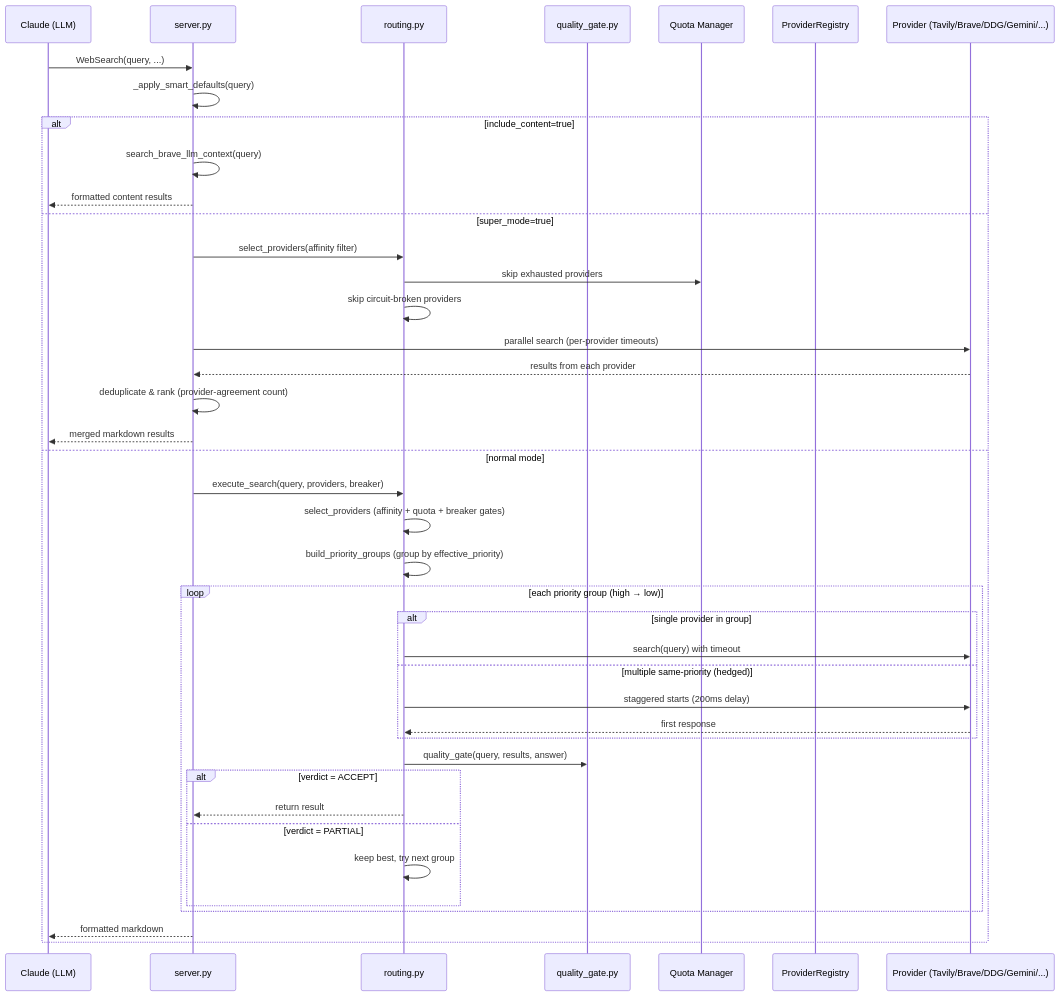
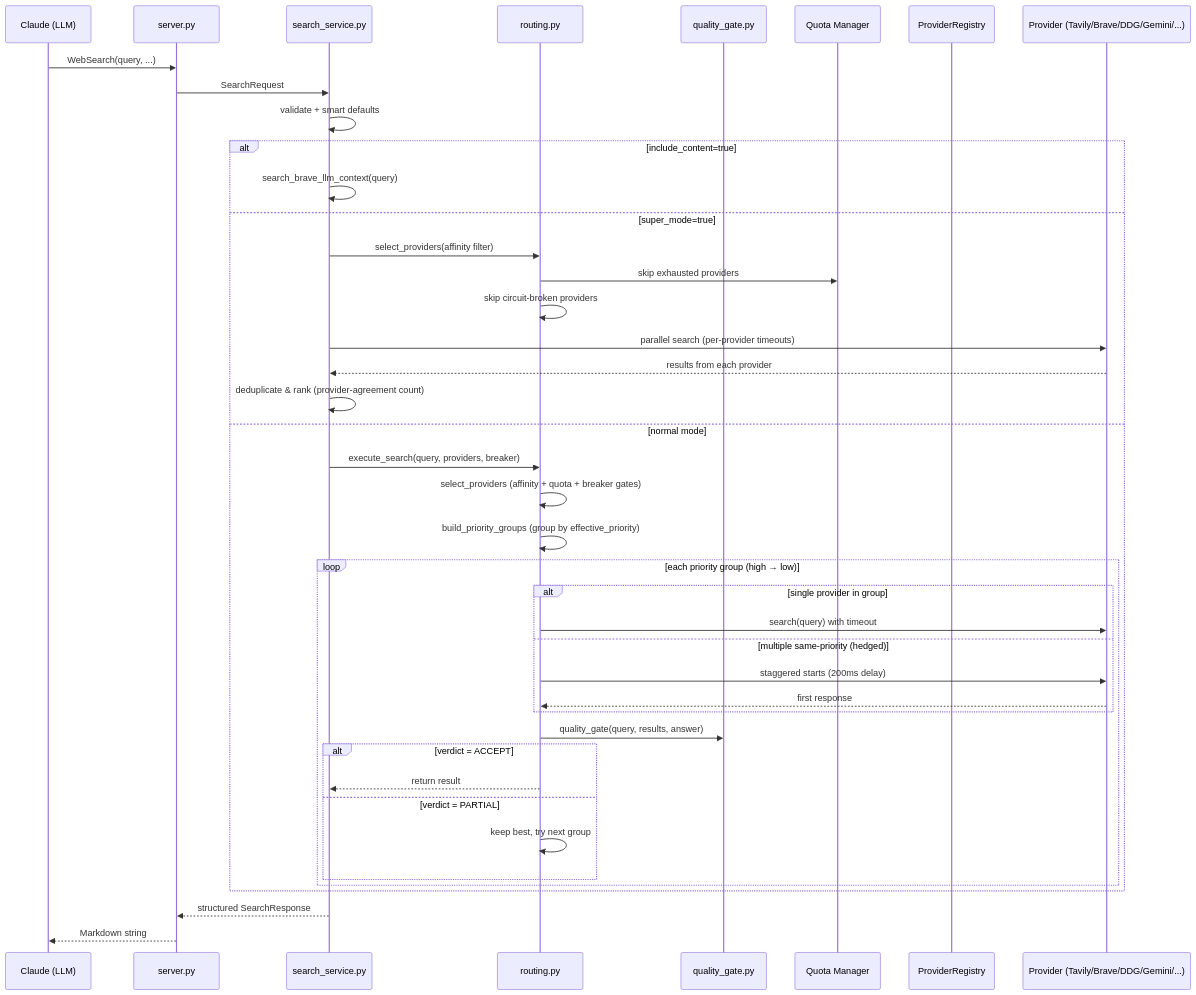
Before and after one commit to Tannnnhauser/pivot-web-search: the second of 5 diagrams in ARCHITECTURE.md, drawn with Mermaid. The commit also changed other lines of this file and 33 other files, not shown here.

````diff
--- a/ARCHITECTURE.md
+++ b/ARCHITECTURE.md
@@ -85,45 +117,46 @@
 ```mermaid
 sequenceDiagram
     participant LLM as Claude (LLM)
     participant S as server.py
+    participant C as search_service.py
     participant RT as routing.py
     participant QG as quality_gate.py
     participant Q as Quota Manager
     participant R as ProviderRegistry
     participant P as Provider (Tavily/Brave/DDG/Gemini/...)
 
     LLM->>S: WebSearch(query, ...)
-    S->>S: _apply_smart_defaults(query)
+    S->>C: SearchRequest
+    C->>C: validate + smart defaults
     
     alt include_content=true
-        S->>S: search_brave_llm_context(query)
-        S-->>LLM: formatted content results
+        C->>C: search_brave_llm_context(query)
     else super_mode=true
-        S->>RT: select_providers(affinity filter)
+        C->>RT: select_providers(affinity filter)
         RT->>Q: skip exhausted providers
         RT->>RT: skip circuit-broken providers
-        S->>P: parallel search (per-provider timeouts)
-        P-->>S: results from each provider
-        S->>S: deduplicate & rank (provider-agreement count)
-        S-->>LLM: merged markdown results
+        C->>P: parallel search (per-provider timeouts)
+        P-->>C: results from each provider
+        C->>C: deduplicate & rank (provider-agreement count)
     else normal mode
-        S->>RT: execute_search(query, providers, breaker)
+        C->>RT: execute_search(query, providers, breaker)
         RT->>RT: select_providers (affinity + quota + breaker gates)
         RT->>RT: build_priority_groups (group by effective_priority)
         loop each priority group (high → low)
             alt single provider in group
                 RT->>P: search(query) with timeout
             else multiple same-priority (hedged)
                 RT->>P: staggered starts (200ms delay)
                 P-->>RT: first response
             end
             RT->>QG: quality_gate(query, results, answer)
             alt verdict = ACCEPT
-                RT-->>S: return result
+                RT-->>C: return result
             else verdict = PARTIAL
                 RT->>RT: keep best, try next group
             end
         end
-        S-->>LLM: formatted markdown
     end
+    C-->>S: structured SearchResponse
+    S-->>LLM: Markdown string
 ```
````
